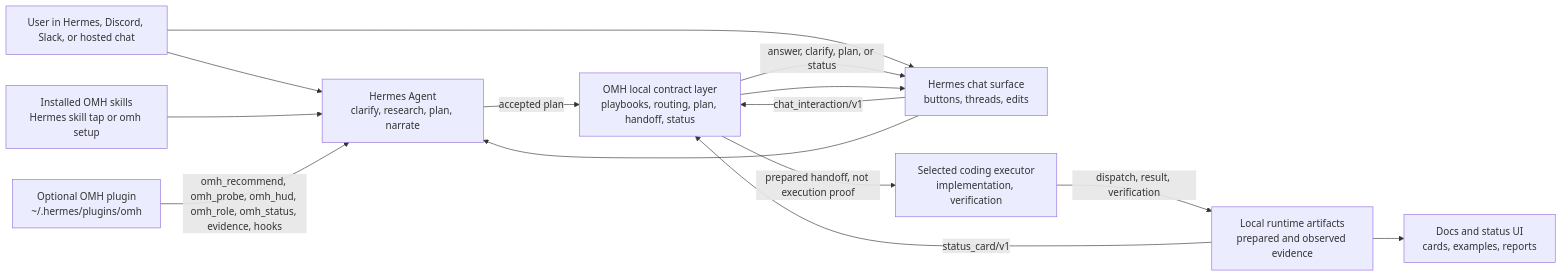
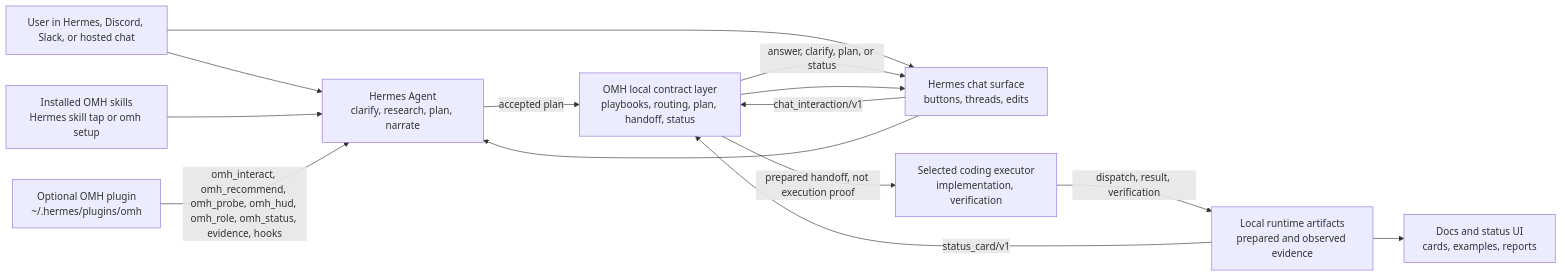
One commit to rlaope/oh-my-hermes changed the diagram in docs/ARCHITECTURE.md. Above: the diagram before and after it, drawn with Mermaid. The commit also changed other lines of this file and 26 other files, not shown here.

````diff
--- a/docs/ARCHITECTURE.md
+++ b/docs/ARCHITECTURE.md
@@ -31,26 +31,26 @@
 ```mermaid
 flowchart LR
   user["User in Hermes, Discord, Slack, or hosted chat"]
   skills["Installed OMH skills\nHermes skill tap or omh setup"]
   plugin["Optional OMH plugin\n~/.hermes/plugins/omh"]
   wrapper["Hermes chat surface\nbuttons, threads, edits"]
   omh["OMH local contract layer\nplaybooks, routing, plan, handoff, status"]
   hermes["Hermes Agent\nclarify, research, plan, narrate"]
   executor["Selected coding executor\nimplementation, verification"]
   runtime["Local runtime artifacts\nprepared and observed evidence"]
   site["Docs and status UI\ncards, examples, reports"]
 
   user --> hermes
   skills --> hermes
-  plugin -->|"omh_recommend, omh_probe, omh_hud, omh_role, omh_status, evidence, hooks"| hermes
+  plugin -->|"omh_interact, omh_recommend, omh_probe, omh_hud, omh_role, omh_status, evidence, hooks"| hermes
   user --> wrapper
   wrapper -->|"chat_interaction/v1"| omh
   omh -->|"answer, clarify, plan, or status"| wrapper
   wrapper --> hermes
   hermes -->|"accepted plan"| omh
   omh -->|"prepared handoff, not execution proof"| executor
   executor -->|"dispatch, result, verification"| runtime
   runtime -->|"status_card/v1"| omh
   omh --> wrapper
   runtime --> site
 ```
````
